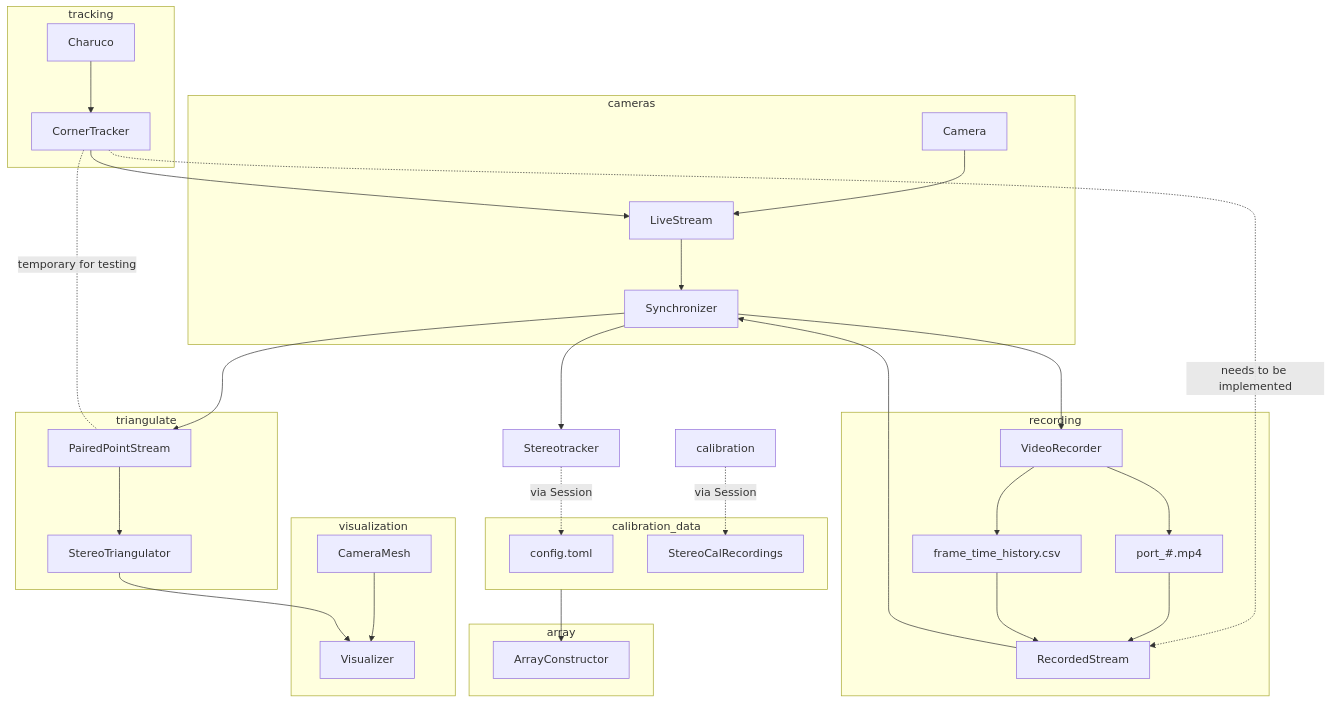
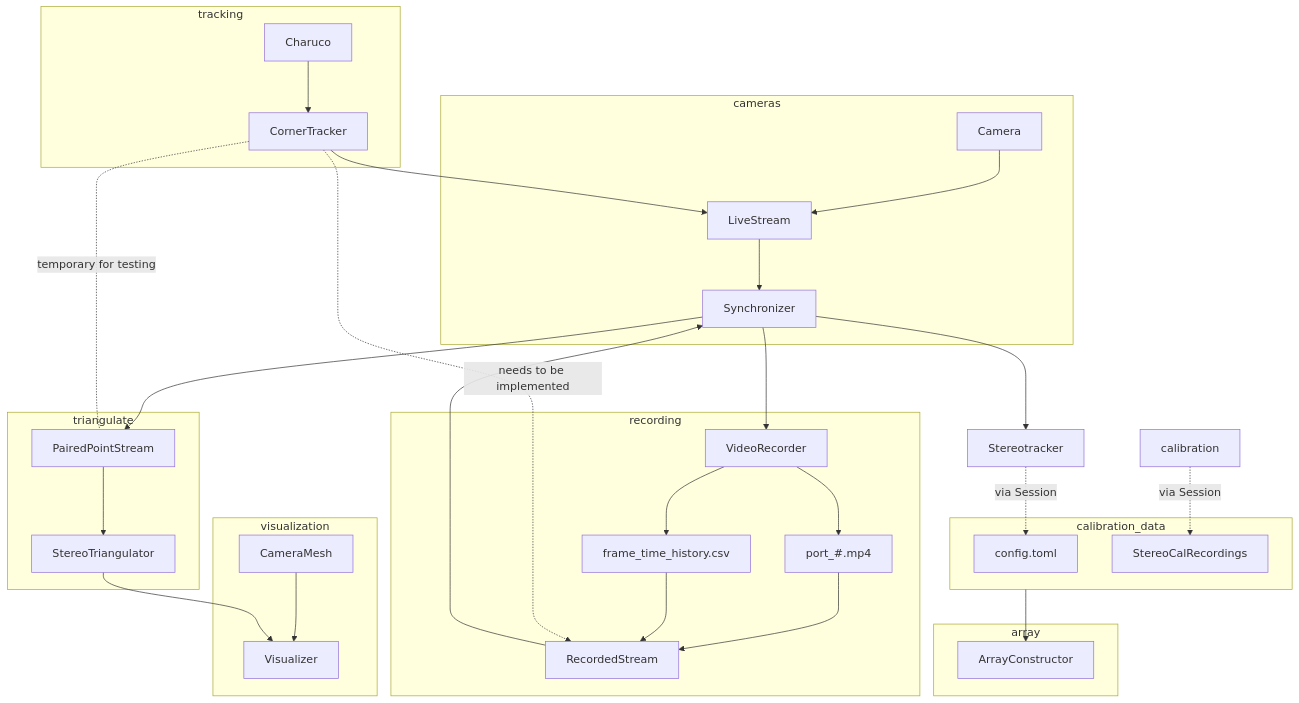
Before and after one commit to mprib/caliscope: the diagram in README.md, drawn with Mermaid.

Commit message:
reorder diagram for cleaner presentation

````diff
--- a/README.md
+++ b/README.md
@@ -13,53 +13,54 @@
 ```mermaid
 graph TD
 
 subgraph cameras
 Camera --> LiveStream
 LiveStream --> Synchronizer
 end
-
 subgraph tracking
 Charuco --> CornerTracker
 CornerTracker --> LiveStream
+end
 
+
+subgraph recording
+Synchronizer --> VideoRecorder
+VideoRecorder --> port_#.mp4
+VideoRecorder --> frame_time_history.csv
+
+port_#.mp4 --> RecordedStream
+frame_time_history.csv --> RecordedStream
+RecordedStream --> Synchronizer
 end
-CornerTracker -.needs to be implemented.-> RecordedStream
 
 Synchronizer --> Stereotracker
 subgraph calibration_data
 config.toml
 StereoCalRecordings
 end
+
+CornerTracker -.needs to be implemented.-> RecordedStream
 
 Stereotracker -.via Session.-> config.toml
 calibration -.via Session.-> StereoCalRecordings
 calibration_data --> ArrayConstructor
 
 subgraph array
 ArrayConstructor
 end
 
 Synchronizer --> PairedPointStream 
 
-subgraph recording
-Synchronizer --> VideoRecorder
-VideoRecorder --> port_#.mp4
-VideoRecorder --> frame_time_history.csv
-
-port_#.mp4 --> RecordedStream
-frame_time_history.csv --> RecordedStream
-RecordedStream --> Synchronizer
-end
 
 CornerTracker -.temporary for testing.- PairedPointStream
 
 subgraph triangulate
 PairedPointStream --> StereoTriangulator
 end
 
 subgraph visualization
 CameraMesh --> Visualizer
 StereoTriangulator --> Visualizer
 end
 
 ```
````
